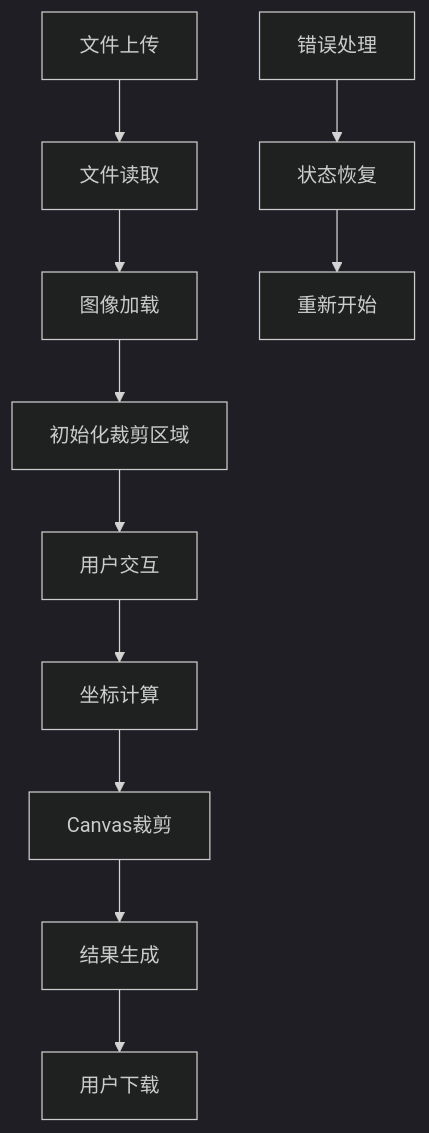
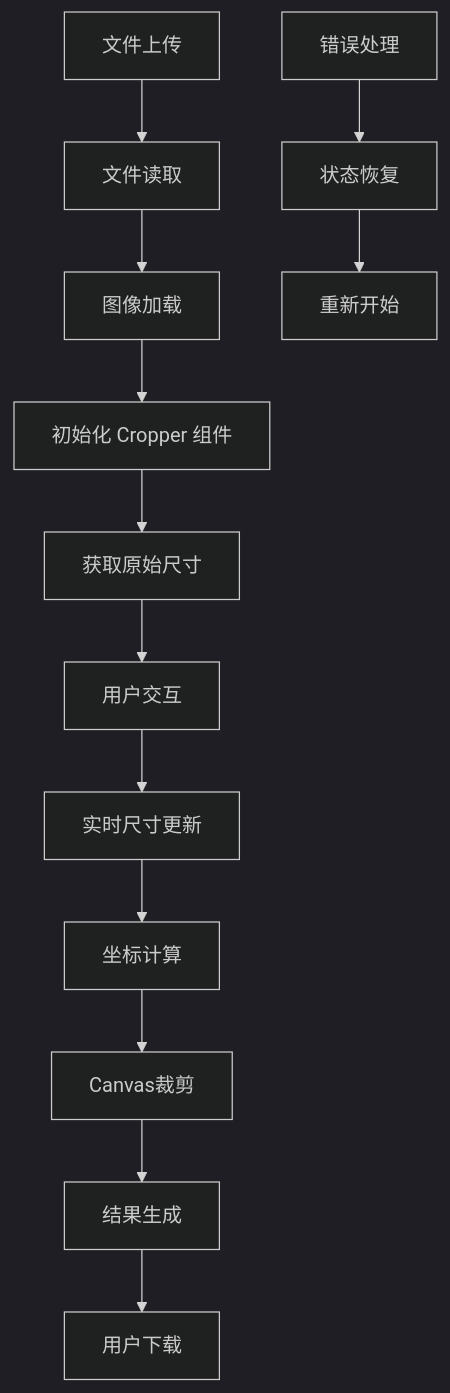
Before and after one commit to sgyy/privadeck: the fourth of 12 diagrams in .qoder/repowiki/zh/content/图像工具/图像裁剪.md, drawn with Mermaid (dark theme). The commit also changed other lines of this file and 3 other files, not shown here.

First line of the commit message:
feat(image-crop): 升级图像裁剪工具集成 react-advanced-cropper

````diff
--- a/.qoder/repowiki/zh/content/图像工具/图像裁剪.md
+++ b/.qoder/repowiki/zh/content/图像工具/图像裁剪.md
@@ -168,13 +196,15 @@
 ```mermaid
 flowchart TD
 A[文件上传] --> B[文件读取]
 B --> C[图像加载]
-C --> D[初始化裁剪区域]
-D --> E[用户交互]
-E --> F[坐标计算]
-F --> G[Canvas裁剪]
-G --> H[结果生成]
-H --> I[用户下载]
-J[错误处理] --> K[状态恢复]
-K --> L[重新开始]
+C --> D[初始化 Cropper 组件]
+D --> E[获取原始尺寸]
+E --> F[用户交互]
+F --> G[实时尺寸更新]
+G --> H[坐标计算]
+H --> I[Canvas裁剪]
+I --> J[结果生成]
+J --> K[用户下载]
+L[错误处理] --> M[状态恢复]
+M --> N[重新开始]
 ```
````
